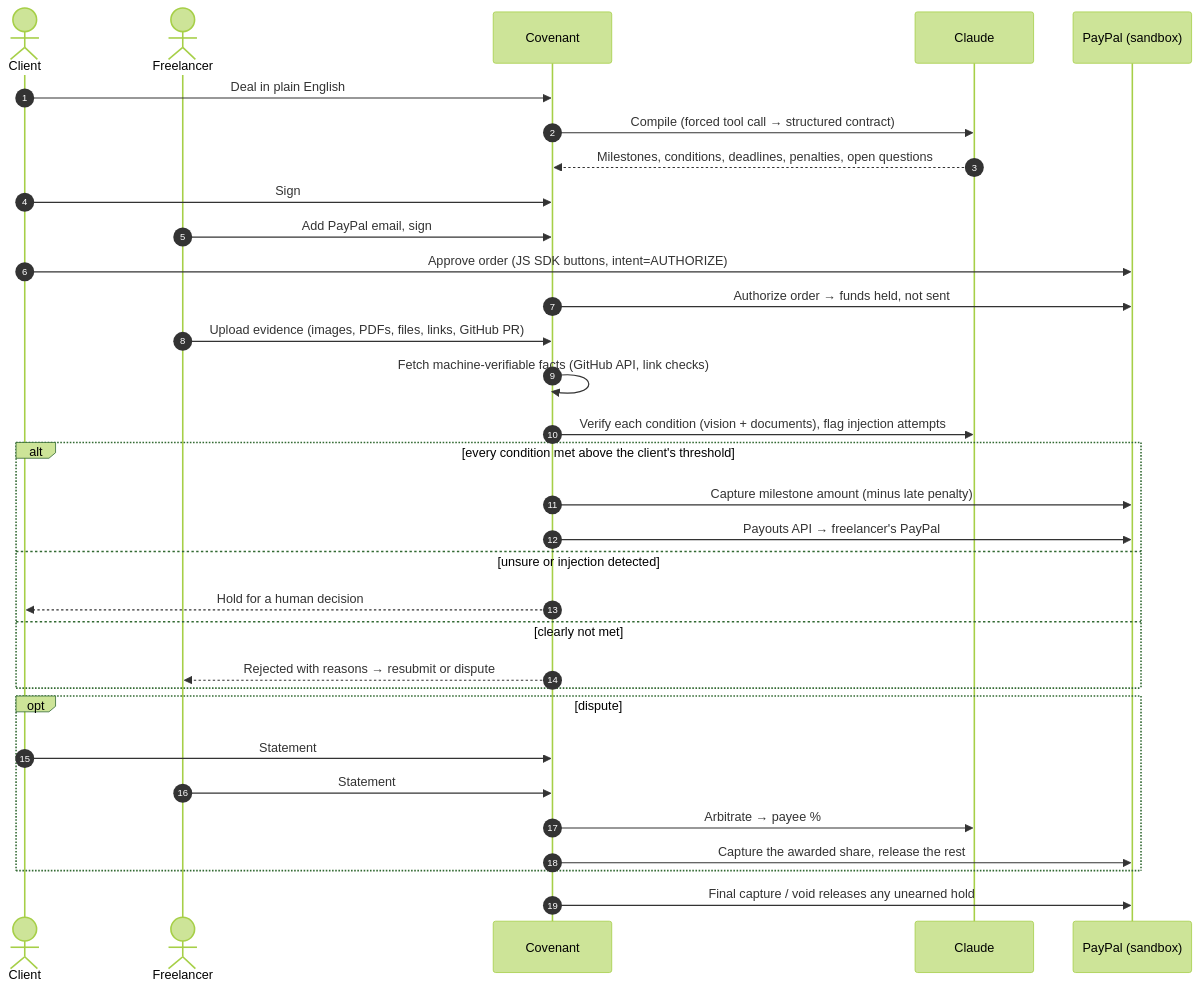
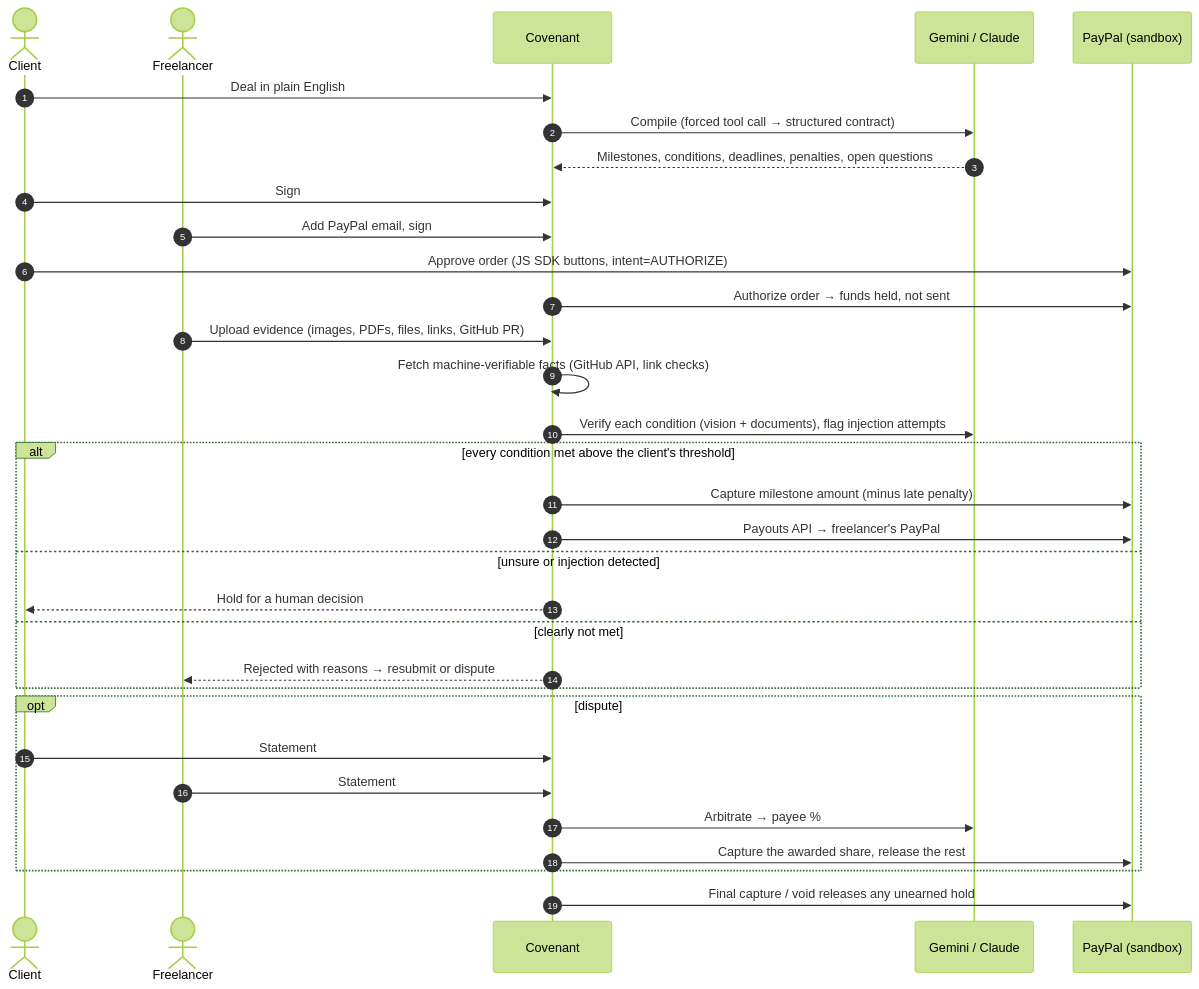
One commit to ayusharyakashyap/Covenant changed the diagram in README.md. Above: the diagram before and after it, drawn with Mermaid (forest theme). The commit also changed other lines of this file and 25 other files, not shown here.

Commit message:
Support Google Gemini (free tier) alongside Claude; rebuild the web app on every start

````diff
--- a/README.md
+++ b/README.md
@@ -27,35 +27,35 @@
 ```mermaid
 sequenceDiagram
     autonumber
     actor Client
     actor Freelancer
     participant C as Covenant
-    participant AI as Claude
+    participant AI as Gemini / Claude
     participant PP as PayPal (sandbox)
 
     Client->>C: Deal in plain English
     C->>AI: Compile (forced tool call → structured contract)
     AI-->>C: Milestones, conditions, deadlines, penalties, open questions
     Client->>C: Sign
     Freelancer->>C: Add PayPal email, sign
     Client->>PP: Approve order (JS SDK buttons, intent=AUTHORIZE)
     C->>PP: Authorize order → funds held, not sent
     Freelancer->>C: Upload evidence (images, PDFs, files, links, GitHub PR)
     C->>C: Fetch machine-verifiable facts (GitHub API, link checks)
     C->>AI: Verify each condition (vision + documents), flag injection attempts
     alt every condition met above the client's threshold
         C->>PP: Capture milestone amount (minus late penalty)
         C->>PP: Payouts API → freelancer's PayPal
     else unsure or injection detected
         C-->>Client: Hold for a human decision
     else clearly not met
         C-->>Freelancer: Rejected with reasons → resubmit or dispute
     end
     opt dispute
         Client->>C: Statement
         Freelancer->>C: Statement
         C->>AI: Arbitrate → payee %
         C->>PP: Capture the awarded share, release the rest
     end
     C->>PP: Final capture / void releases any unearned hold
 ```
````
